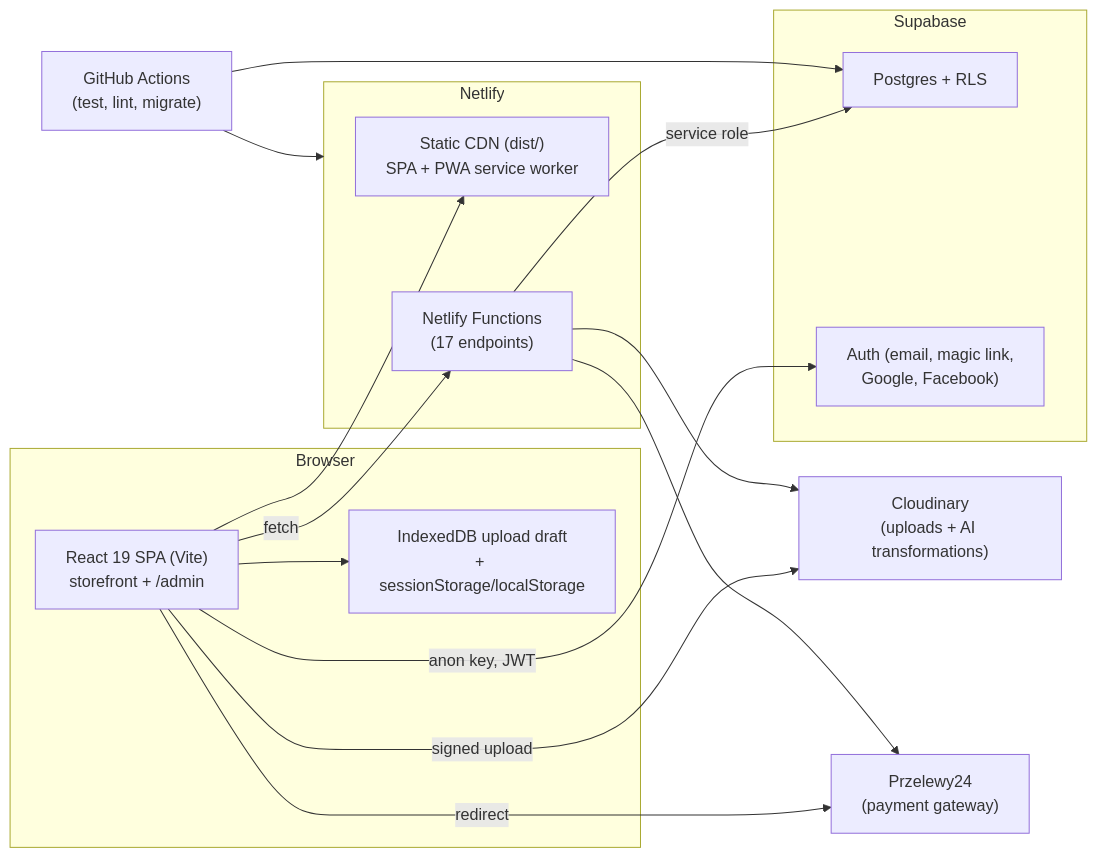
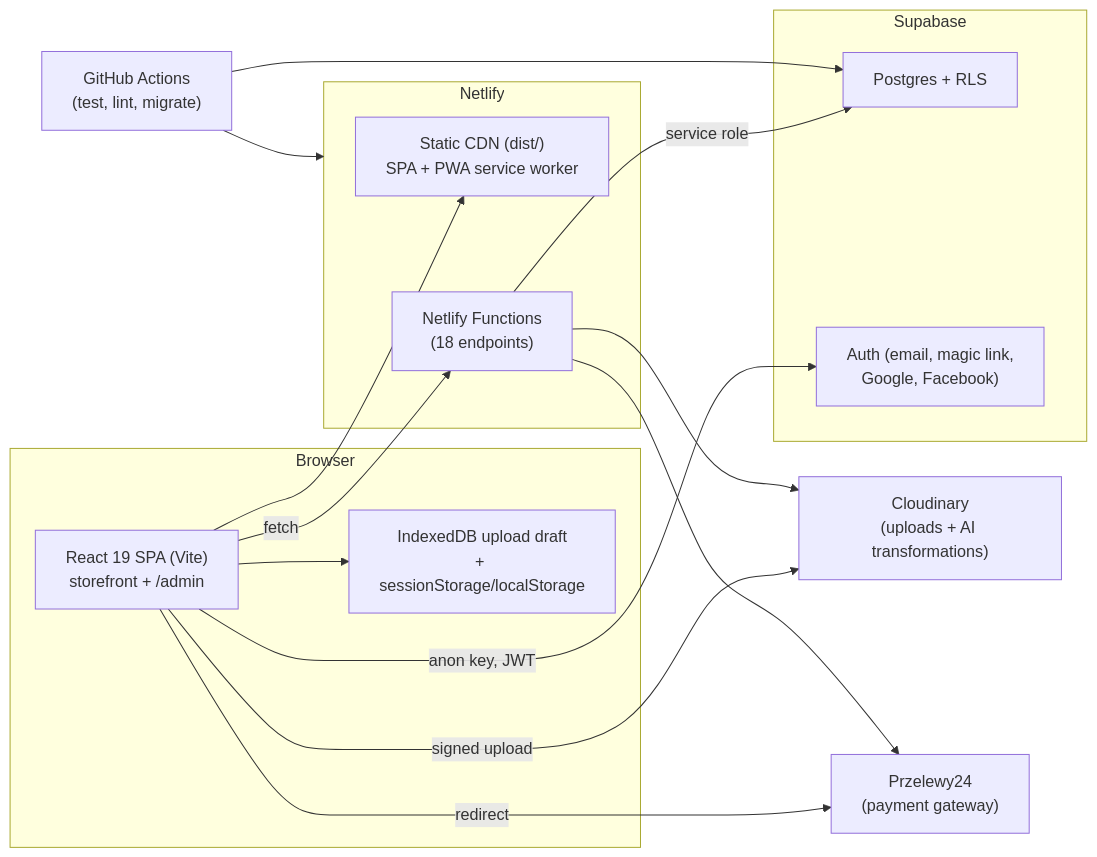
The diagram in docs/tech-summary.md (jpietrzyk/tuus-imago), drawn with Mermaid before and after one commit. The commit also changed other lines of this file and 7 other files, not shown here.

````diff
--- a/docs/tech-summary.md
+++ b/docs/tech-summary.md
@@ -22,30 +22,30 @@
 ```mermaid
 flowchart LR
   subgraph Browser
     SPA["React 19 SPA (Vite)\nstorefront + /admin"]
     IDB["IndexedDB upload draft\n+ sessionStorage/localStorage"]
   end
   subgraph Netlify
     CDN["Static CDN (dist/)\nSPA + PWA service worker"]
-    FN["Netlify Functions\n(17 endpoints)"]
+    FN["Netlify Functions\n(18 endpoints)"]
   end
   subgraph Supabase
     PG["Postgres + RLS"]
     AUTH["Auth (email, magic link,\nGoogle, Facebook)"]
   end
   CL["Cloudinary\n(uploads + AI transformations)"]
   P24["Przelewy24\n(payment gateway)"]
   GH["GitHub Actions\n(test, lint, migrate)"]
 
   SPA --> CDN
   SPA --> IDB
   SPA -->|anon key, JWT| AUTH
   SPA -->|fetch| FN
   SPA -->|signed upload| CL
   SPA -->|redirect| P24
   FN -->|service role| PG
   FN --> CL
   FN --> P24
   GH --> Netlify
   GH --> PG
 ```
````
